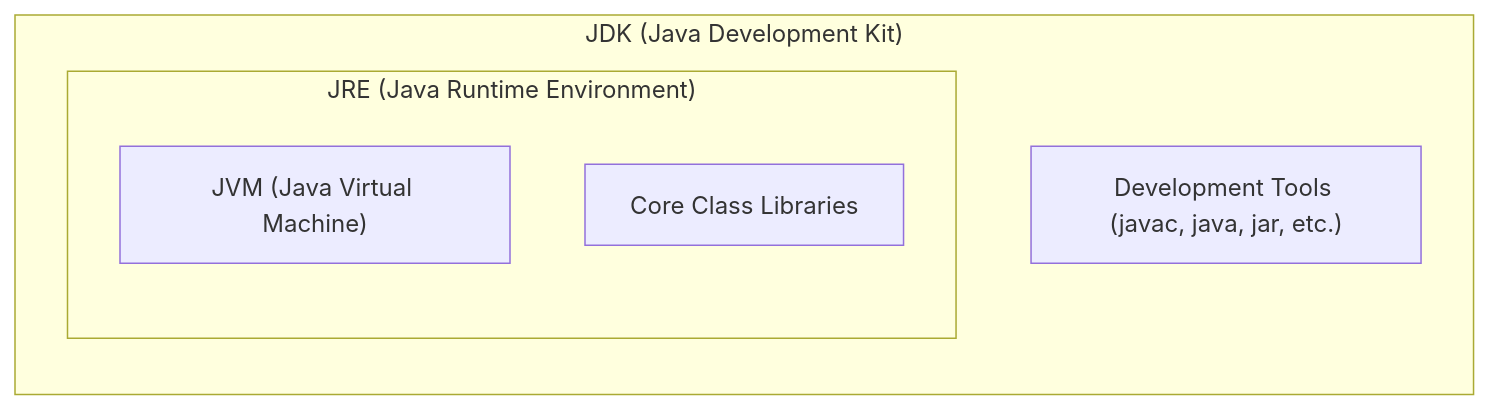
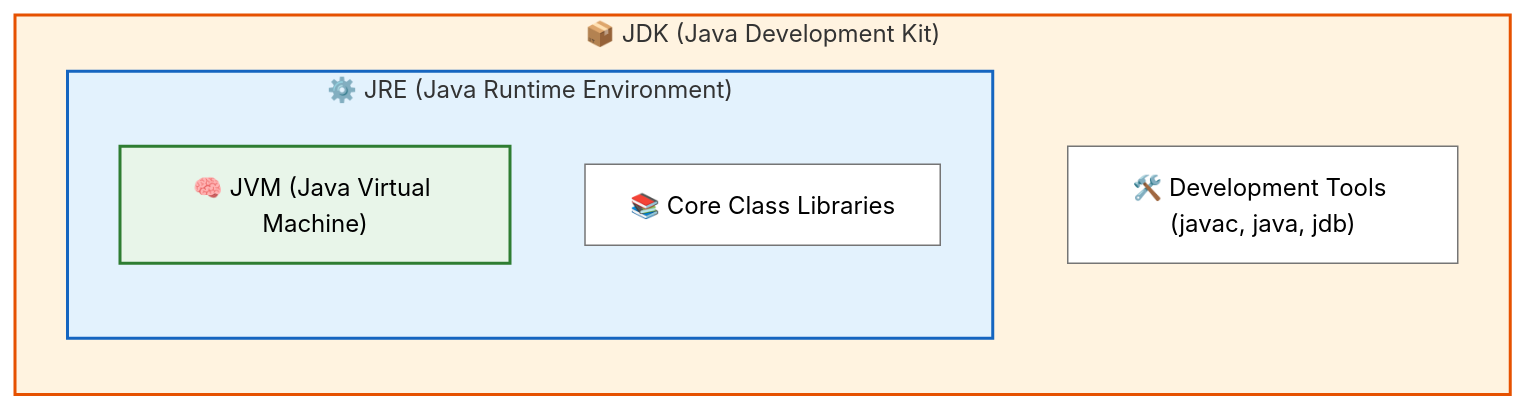
One commit to Omkar4112/Placement-Preparation-Hub changed the third of 36 diagrams in Ultimate_Java_Placement_Handbook.md. Above: the diagram before and after it, drawn with Mermaid. The commit also changed other lines of this file, not shown here.

Commit message:
Enhance Mermaid architecture diagrams in handbook

````diff
--- a/Ultimate_Java_Placement_Handbook.md
+++ b/Ultimate_Java_Placement_Handbook.md
@@ -173,12 +191,20 @@
 ```mermaid
 flowchart TB
-    subgraph JDK ["JDK (Java Development Kit)"]
+    classDef jdk fill:#fff3e0,stroke:#e65100,stroke-width:2px,color:#000;
+    classDef jre fill:#e3f2fd,stroke:#1565c0,stroke-width:2px,color:#000;
+    classDef jvm fill:#e8f5e9,stroke:#2e7d32,stroke-width:2px,color:#000;
+    classDef item fill:#ffffff,stroke:#757575,stroke-width:1px,color:#000;
+
+    subgraph JDK ["📦 JDK (Java Development Kit)"]
         direction TB
-        subgraph JRE ["JRE (Java Runtime Environment)"]
+        Tools["🛠️ Development Tools (javac, java, jdb)"]:::item
+        subgraph JRE ["⚙️ JRE (Java Runtime Environment)"]
             direction TB
-            JVM["JVM (Java Virtual Machine)"]
-            Libs["Core Class Libraries"]
+            JVM["🧠 JVM (Java Virtual Machine)"]:::jvm
+            Libs["📚 Core Class Libraries"]:::item
         end
-        Tools["Development Tools (javac, java, jar, etc.)"]
     end
+    
+    style JDK fill:#fff3e0,stroke:#e65100,stroke-width:2px;
+    style JRE fill:#e3f2fd,stroke:#1565c0,stroke-width:2px;
 ```
````
